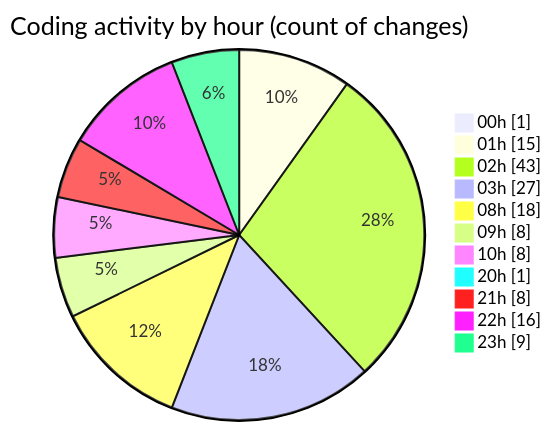
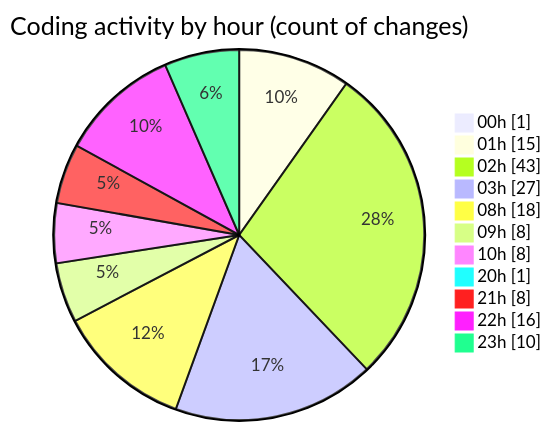
One commit to Elitesun/code-tracking changed the second of 2 diagrams in 2025-05-01/niten/README.md. Above: the diagram before and after it, drawn with Mermaid. The commit also changed other lines of this file and 1 other file, not shown here.

````diff
--- a/2025-05-01/niten/README.md
+++ b/2025-05-01/niten/README.md
@@ -76,15 +76,15 @@
 ```mermaid
 pie showData
 title Coding activity by hour (count of changes)
 "00h" : 1
 "01h" : 15
 "02h" : 43
 "03h" : 27
 "08h" : 18
 "09h" : 8
 "10h" : 8
 "20h" : 1
 "21h" : 8
 "22h" : 16
-"23h" : 9
+"23h" : 10
 ```
````
